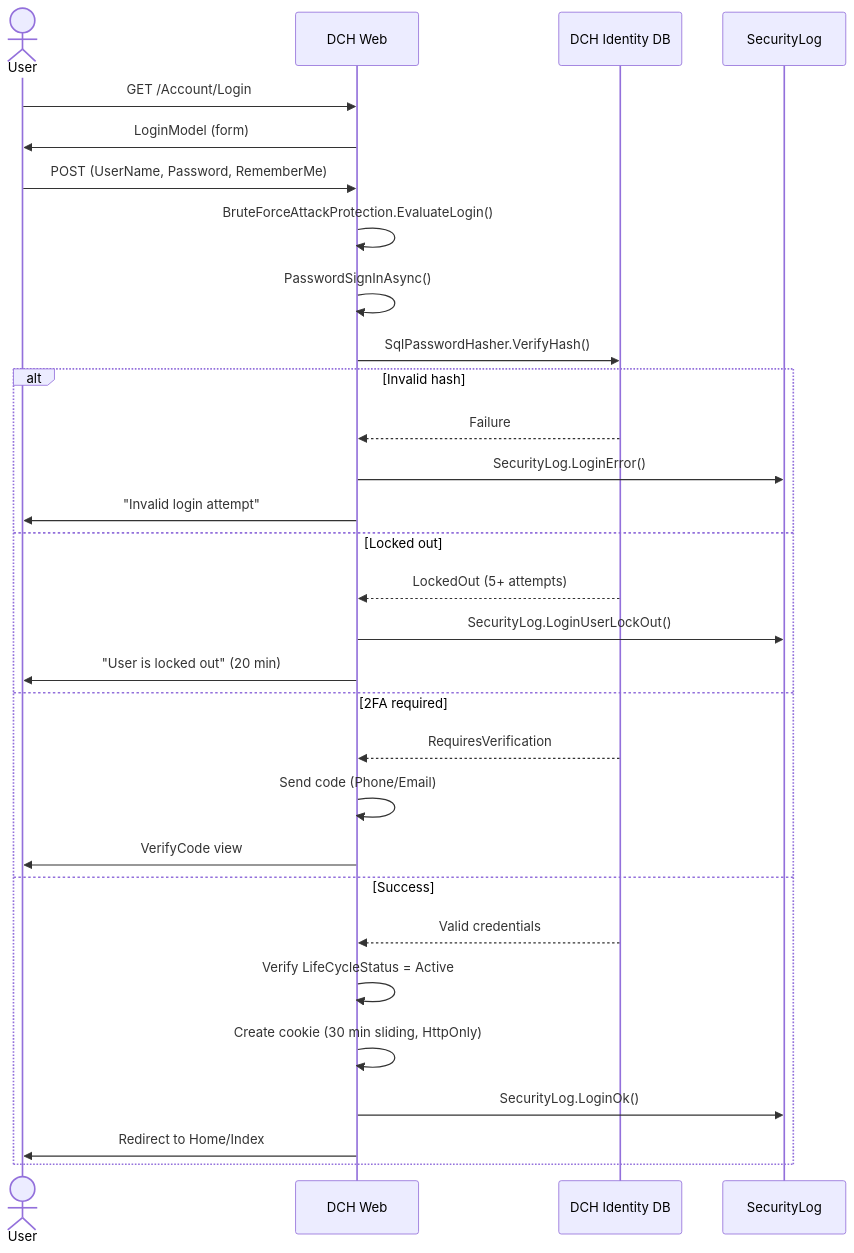
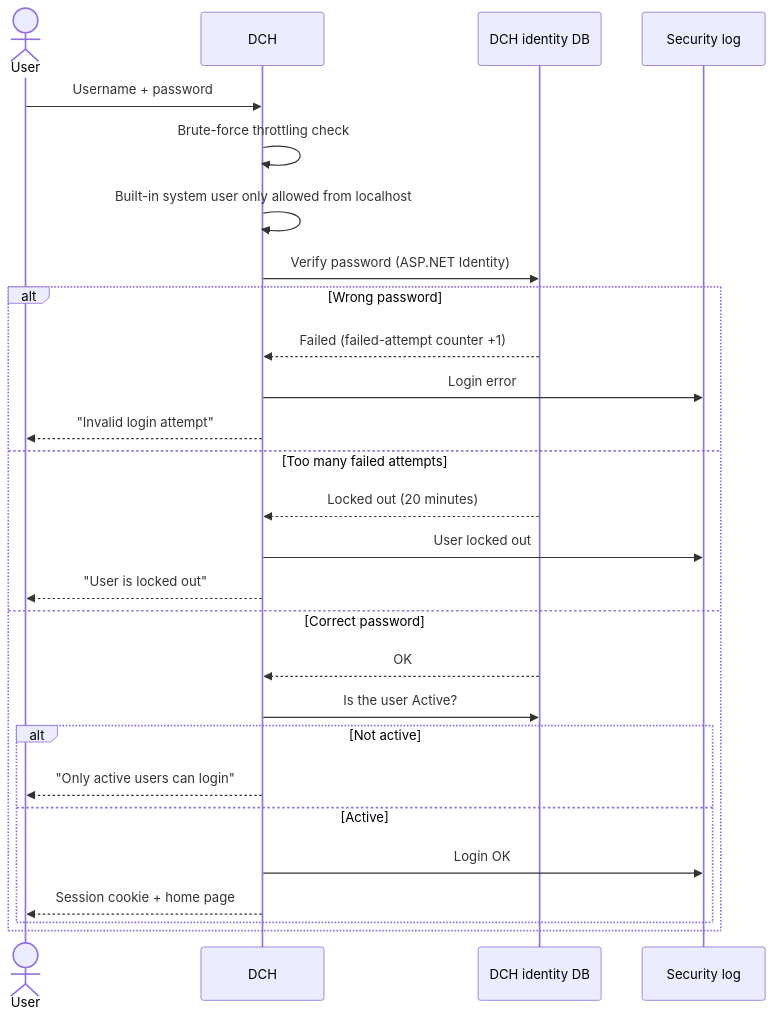
The third of 15 diagrams in Docs/AuthAnalysis/DCH_SO99_Authentication_Analysis.en.md (dserranotools/DCH_Implementations), drawn with Mermaid before and after one commit. The commit also changed other lines of this file and 2 other files, not shown here.

Commit message:
Refactor authentication and authorization documentation for DCH and SO99+: streamline executive summary, enhance clarity on user roles and permissions, and improve alignment recommendations. Update README for better navigation and document structure.

````diff
--- a/Docs/AuthAnalysis/DCH_SO99_Authentication_Analysis.en.md
+++ b/Docs/AuthAnalysis/DCH_SO99_Authentication_Analysis.en.md
@@ -109,35 +157,30 @@
 ```mermaid
 sequenceDiagram
     actor U as User
-    participant D as DCH Web
-    participant B as DCH Identity DB
-    participant S as SecurityLog
+    participant D as DCH
+    participant DB as DCH identity DB
+    participant L as Security log
 
-    U->>D: GET /Account/Login
-    D->>U: LoginModel (form)
-    U->>D: POST (UserName, Password, RememberMe)
-    
-    D->>D: BruteForceAttackProtection.EvaluateLogin()
-    D->>D: PasswordSignInAsync()
-    D->>B: SqlPasswordHasher.VerifyHash()
-    
-    alt Invalid hash
-        B-->>D: Failure
-        D->>S: SecurityLog.LoginError()
-        D->>U: "Invalid login attempt"
-    else Locked out
-        B-->>D: LockedOut (5+ attempts)
-        D->>S: SecurityLog.LoginUserLockOut()
-        D->>U: "User is locked out" (20 min)
-    else 2FA required
-        B-->>D: RequiresVerification
-        D->>D: Send code (Phone/Email)
-        D->>U: VerifyCode view
-    else Success
-        B-->>D: Valid credentials
-        D->>D: Verify LifeCycleStatus = Active
-        D->>D: Create cookie (30 min sliding, HttpOnly)
-        D->>S: SecurityLog.LoginOk()
-        D->>U: Redirect to Home/Index
+    U->>D: Username + password
+    D->>D: Brute-force throttling check
+    D->>D: Built-in system user only allowed from localhost
+    D->>DB: Verify password (ASP.NET Identity)
+    alt Wrong password
+        DB-->>D: Failed (failed-attempt counter +1)
+        D->>L: Login error
+        D-->>U: "Invalid login attempt"
+    else Too many failed attempts
+        DB-->>D: Locked out (20 minutes)
+        D->>L: User locked out
+        D-->>U: "User is locked out"
+    else Correct password
+        DB-->>D: OK
+        D->>DB: Is the user Active?
+        alt Not active
+            D-->>U: "Only active users can login"
+        else Active
+            D->>L: Login OK
+            D-->>U: Session cookie + home page
+        end
     end
 ```
````
